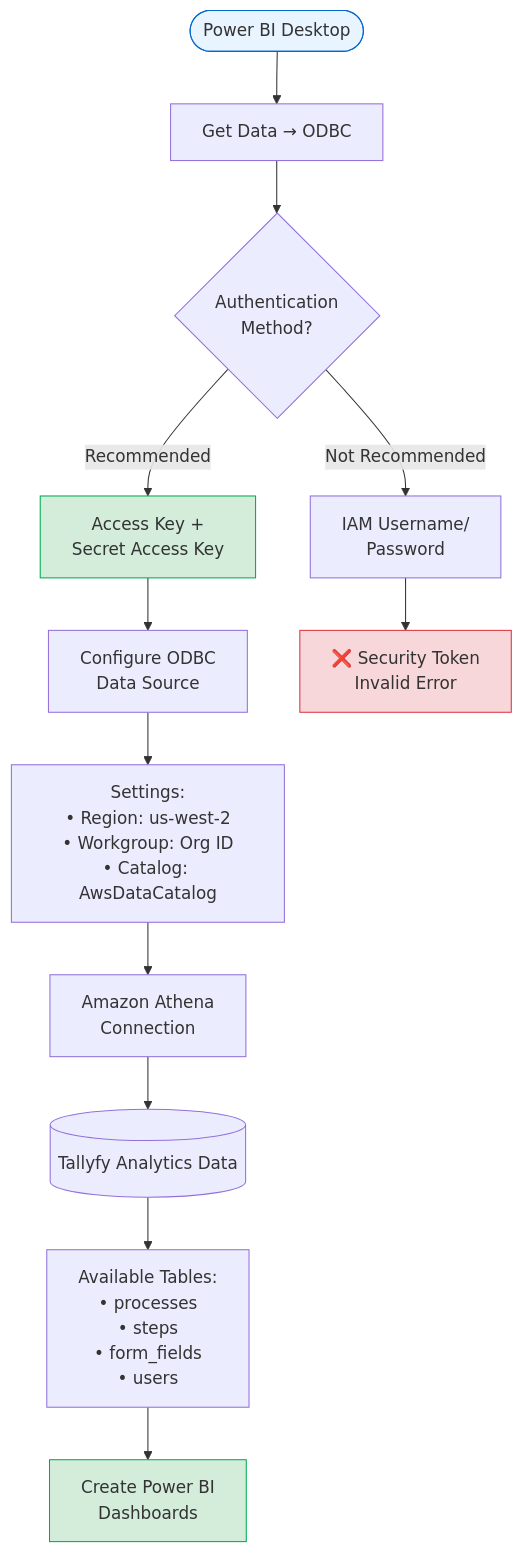
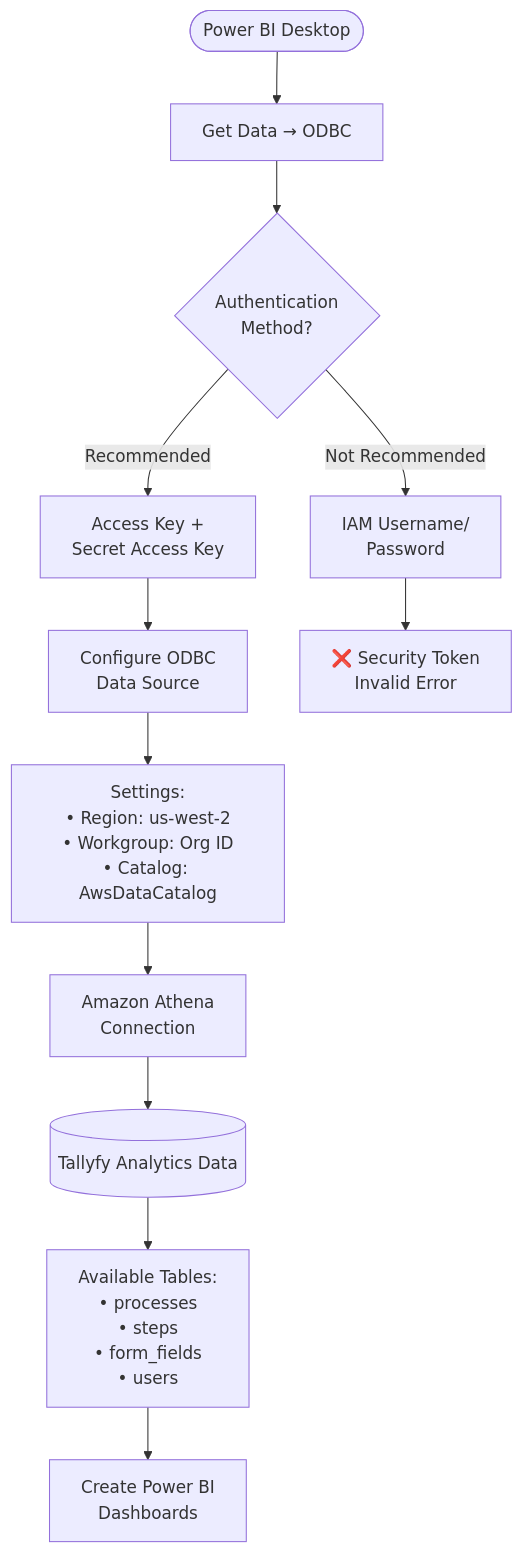
One commit to tallyfy/documentation changed the diagram in src/content/docs/pro/integrations/analytics/powerbi/how-to-analyze-tallyfy-workflows-with-power-bi.mdx. Above: the diagram before and after it, drawn with Mermaid. The commit also changed 5 other files, not shown here.

First line of the commit message:
Remove all style directives from Mermaid diagrams in final 6 documentation files

````diff
--- a/src/content/docs/pro/integrations/analytics/powerbi/how-to-analyze-tallyfy-workflows-with-power-bi.mdx
+++ b/src/content/docs/pro/integrations/analytics/powerbi/how-to-analyze-tallyfy-workflows-with-power-bi.mdx
@@ -29,29 +29,24 @@
 ```mermaid
 flowchart TD
     Start([Power BI Desktop]) --> GetData[Get Data → ODBC]
     GetData --> CheckAuth{Authentication<br/>Method?}
     
     CheckAuth -->|Recommended| AccessKey[Access Key +<br/>Secret Access Key]
     CheckAuth -->|Not Recommended| IAM[IAM Username/<br/>Password]
     
     AccessKey --> ODBC[Configure ODBC<br/>Data Source]
     IAM --> Error[❌ Security Token<br/>Invalid Error]
     
     ODBC --> Settings[Settings:<br/>• Region: us-west-2<br/>• Workgroup: Org ID<br/>• Catalog: AwsDataCatalog]
     
     Settings --> Athena[Amazon Athena<br/>Connection]
     
     Athena --> Data[(Tallyfy Analytics Data)]
     
     Data --> Tables[Available Tables:<br/>• processes<br/>• steps<br/>• form_fields<br/>• users]
     
     Tables --> Dashboard[Create Power BI<br/>Dashboards]
     
-    style Start fill:#E8F4FF,stroke:#0066CC
-    style Dashboard fill:#D4EDDA,stroke:#00AA55
-    style Error fill:#F8D7DA,stroke:#DC3545
-    style AccessKey fill:#D4EDDA,stroke:#00AA55
-    
     click ODBC "/products/pro/integrations/analytics/" "Analytics overview"
     click Athena "https://aws.amazon.com/athena/" "Learn about Amazon Athena"
 ```
````
